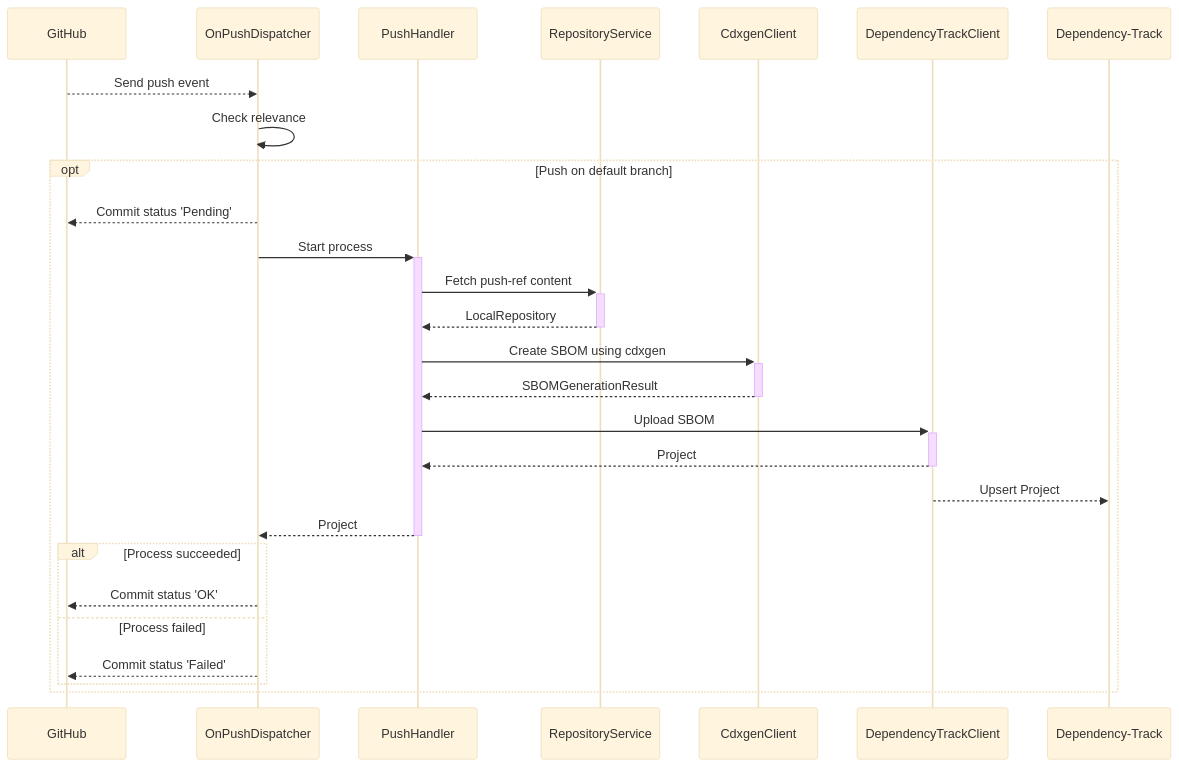
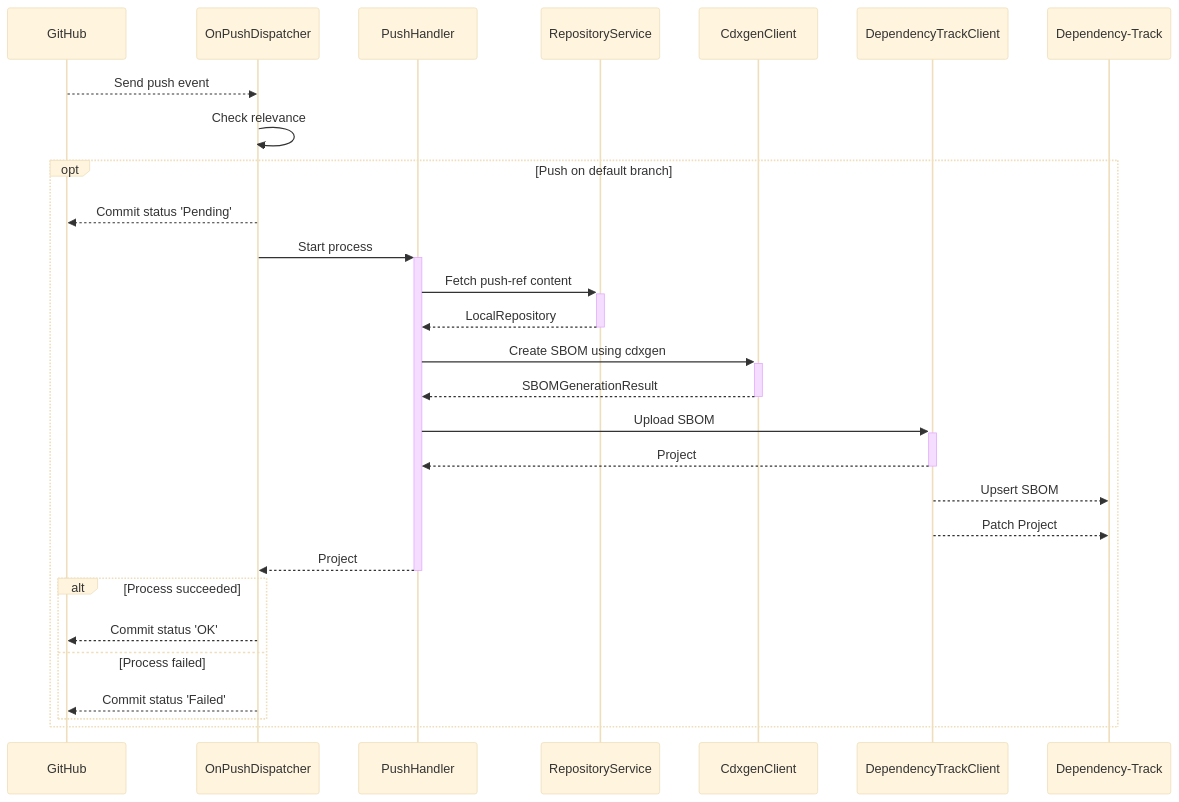
One commit to MediaMarktSaturn/technolinator changed the diagram in docs/Project_Structure.md. Above: the diagram before and after it, drawn with Mermaid (base theme).

Commit message:
chore(docs): Add project patch step

````diff
--- a/docs/Project_Structure.md
+++ b/docs/Project_Structure.md
@@ -5,32 +5,33 @@
 ```mermaid
 sequenceDiagram
 
     GitHub -->> OnPushDispatcher: Send push event
     OnPushDispatcher ->> OnPushDispatcher: Check relevance
 
     opt Push on default branch
 
         OnPushDispatcher -->> GitHub: Commit status 'Pending'
         OnPushDispatcher ->>+ PushHandler: Start process
 
         PushHandler ->>+ RepositoryService: Fetch push-ref content
         RepositoryService -->>- PushHandler: LocalRepository
 
         PushHandler ->>+ CdxgenClient: Create SBOM using cdxgen
         CdxgenClient -->>- PushHandler: SBOMGenerationResult
 
         PushHandler ->>+ DependencyTrackClient: Upload SBOM
         DependencyTrackClient -->>- PushHandler: Project
 
-        DependencyTrackClient -->> Dependency-Track: Upsert Project
+        DependencyTrackClient -->> Dependency-Track: Upsert SBOM
+        DependencyTrackClient -->> Dependency-Track: Patch Project
 
         PushHandler -->>- OnPushDispatcher: Project
 
         alt Process succeeded
             OnPushDispatcher -->> GitHub: Commit status 'OK'
         else Process failed
             OnPushDispatcher -->> GitHub: Commit status 'Failed'
         end
 
     end
 ```
````
